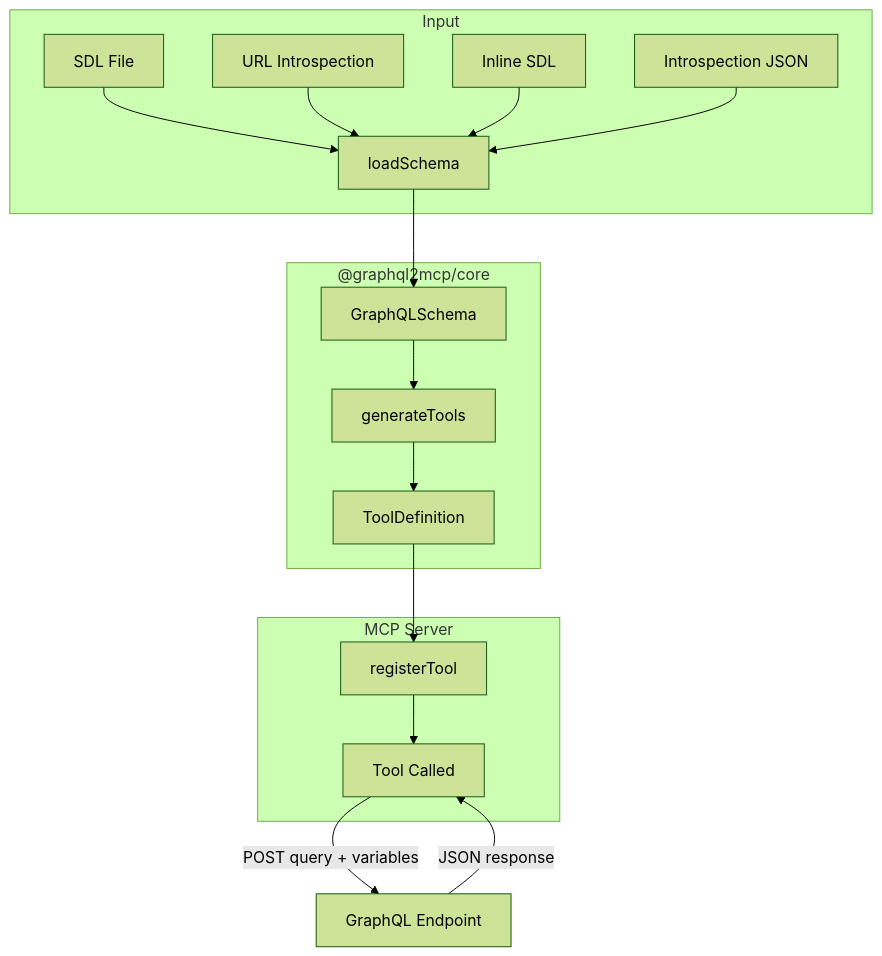
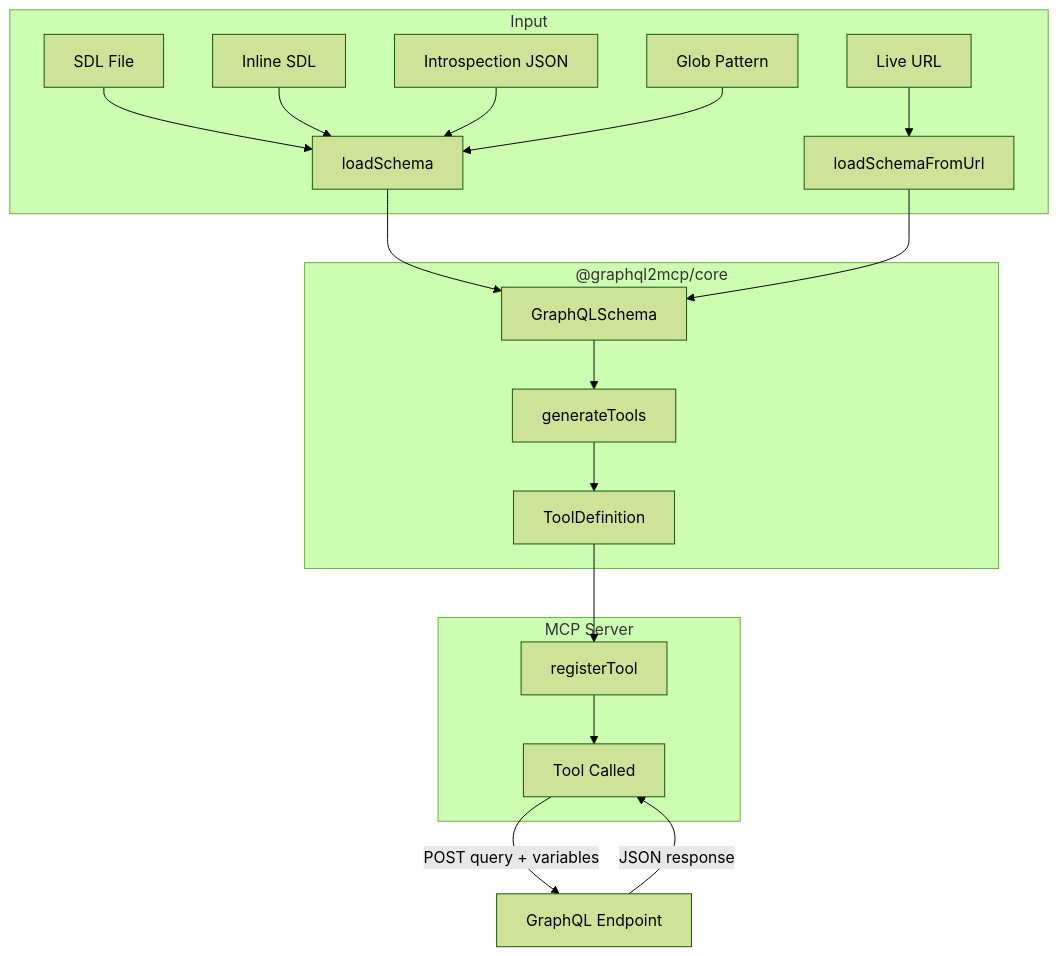
One commit to KKonstantinov/graphql2mcp changed the diagram in README.md. Above: the diagram before and after it, drawn with Mermaid (forest theme). The commit also changed other lines of this file and 12 other files, not shown here.

````diff
--- a/README.md
+++ b/README.md
@@ -74,24 +98,26 @@
 ```mermaid
 flowchart TD
     subgraph Input
         A[SDL File] --> L
-        B[URL Introspection] --> L
-        C[Inline SDL] --> L
-        D[Introspection JSON] --> L
+        B[Inline SDL] --> L
+        C[Introspection JSON] --> L
+        D[Glob Pattern] --> L
+        E[Live URL] --> U
     end
 
     L[loadSchema] --> S[GraphQLSchema]
+    U[loadSchemaFromUrl] --> S
 
     subgraph "@graphql2mcp/core"
         S --> G[generateTools]
         G --> T[ToolDefinition]
     end
 
     subgraph MCP Server
         T --> R[registerTool]
         R --> Q[Tool Called]
     end
 
-    Q -->|POST query + variables| E[GraphQL Endpoint]
-    E -->|JSON response| Q
+    Q -->|POST query + variables| EP[GraphQL Endpoint]
+    EP -->|JSON response| Q
 ```
````
